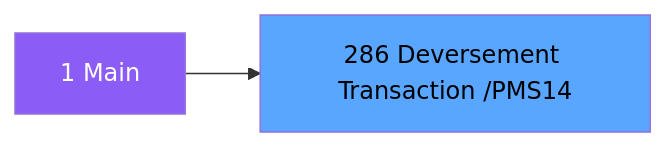
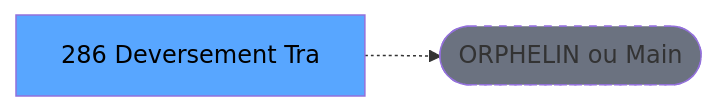
Before and after one commit to thonyAGP/lecteur-magic: the second of 3 diagrams in .openspec/specs/ADH-IDE-286.md, drawn with Mermaid. The commit also changed other lines of this file and 701 other files, not shown here.

````diff
--- a/.openspec/specs/ADH-IDE-286.md
+++ b/.openspec/specs/ADH-IDE-286.md
@@ -145,8 +136,8 @@
 ```mermaid
 graph LR
-    M[1 Main]
-    T[286 Deversement Transaction /PMS14]
-    M --> T
-    style M fill:#8b5cf6,color:#fff
+    T[286 Deversement Tra]
+    ORPHAN([ORPHELIN ou Main])
+    T -.-> ORPHAN
     style T fill:#58a6ff,color:#000
+    style ORPHAN fill:#6b7280,stroke-dasharray: 5 5
 ```
````
